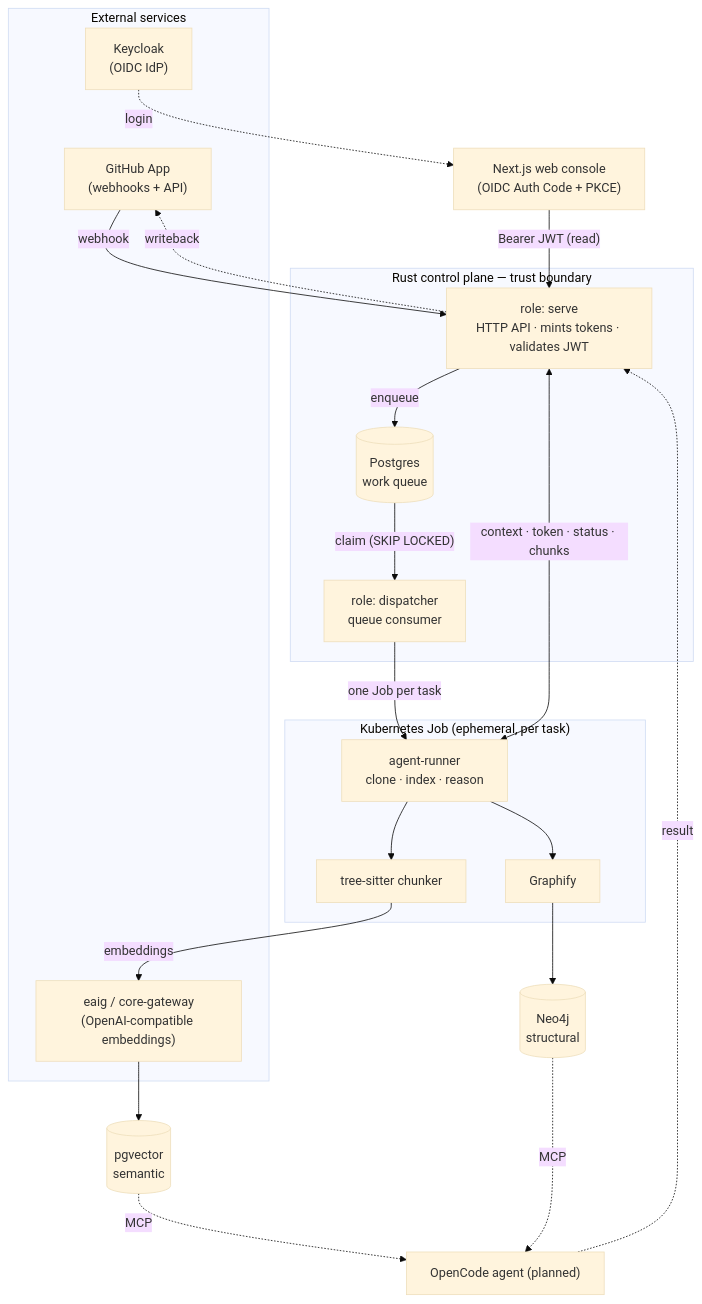
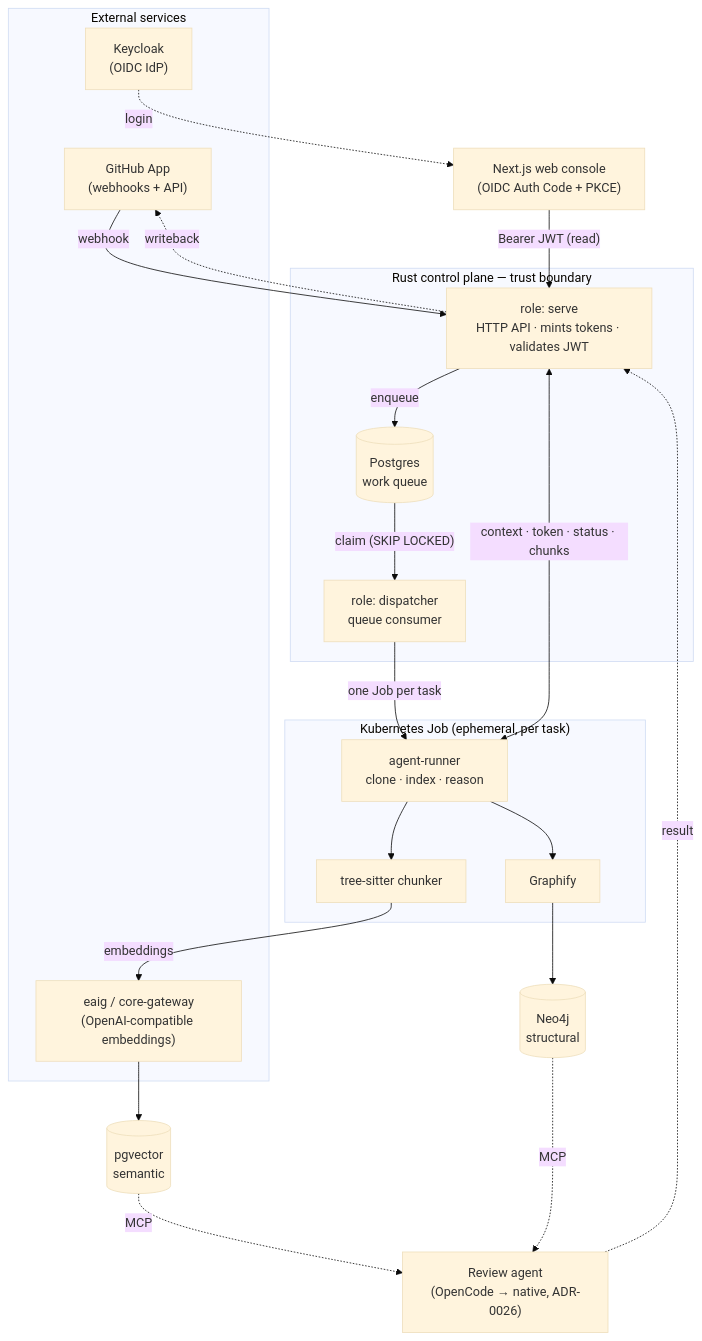
The first of 4 diagrams in README.md (vymalo/lightbridge-code-intelligence), drawn with Mermaid (base theme) before and after one commit. The commit also changed other lines of this file and 7 other files, not shown here.

````diff
--- a/README.md
+++ b/README.md
@@ -26,43 +27,43 @@
 ```mermaid
 flowchart TD
     subgraph external["External services"]
         GH["GitHub App<br/>(webhooks + API)"]
         KC["Keycloak<br/>(OIDC IdP)"]
         EAIG["eaig / core-gateway<br/>(OpenAI-compatible embeddings)"]
     end
 
     WEB["Next.js web console<br/>(OIDC Auth Code + PKCE)"]
 
     subgraph cp["Rust control plane — trust boundary"]
         SERVE["role: serve<br/>HTTP API · mints tokens · validates JWT"]
         DISP["role: dispatcher<br/>queue consumer"]
         Q[("Postgres<br/>work queue")]
     end
 
     subgraph job["Kubernetes Job (ephemeral, per task)"]
         RUNNER["agent-runner<br/>clone · index · reason"]
         TS["tree-sitter chunker"]
         GFY["Graphify"]
     end
 
     VEC[("pgvector<br/>semantic")]
     NEO[("Neo4j<br/>structural")]
-    AGENT["OpenCode agent (planned)"]
+    AGENT["Review agent<br/>(OpenCode → native, ADR-0026)"]
 
     KC -. login .-> WEB
     WEB -->|"Bearer JWT (read)"| SERVE
     GH -->|webhook| SERVE
     SERVE -->|enqueue| Q
     Q -->|"claim (SKIP LOCKED)"| DISP
     DISP -->|"one Job per task"| RUNNER
     SERVE <-->|"context · token · status · chunks"| RUNNER
     RUNNER --> TS
     RUNNER --> GFY
     TS -->|embeddings| EAIG
     EAIG --> VEC
     GFY --> NEO
     VEC -. MCP .-> AGENT
     NEO -. MCP .-> AGENT
     AGENT -. result .-> SERVE
     SERVE -. writeback .-> GH
 ```
````
